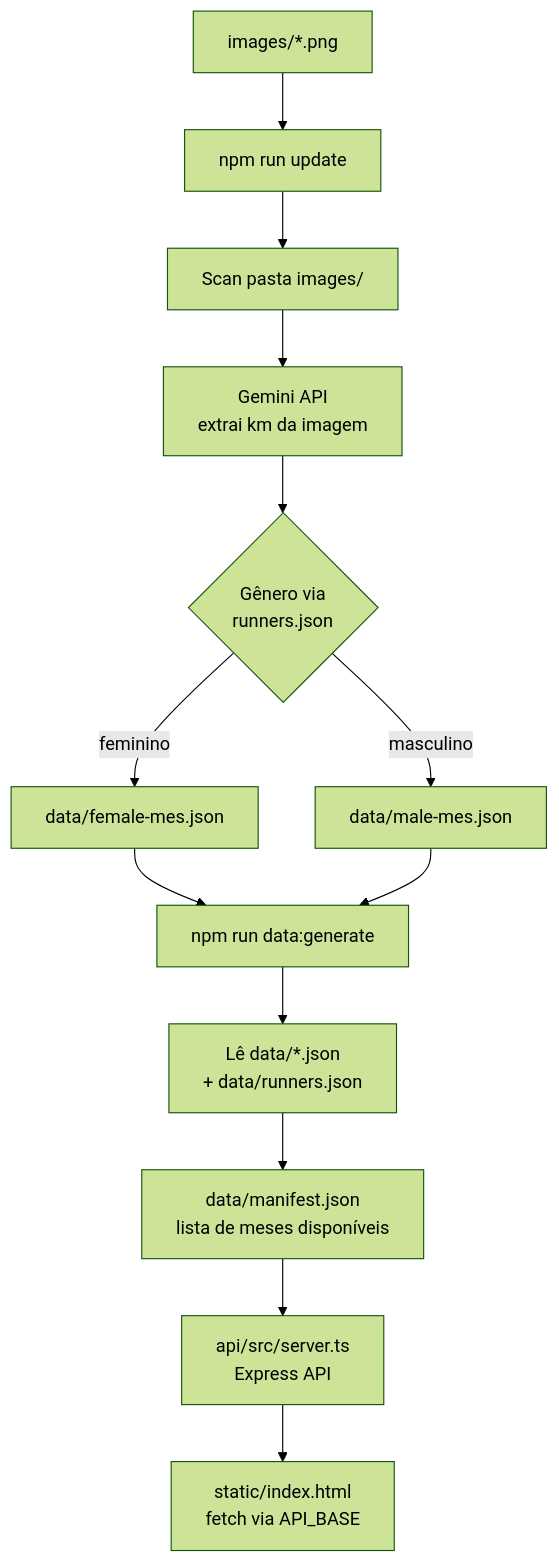
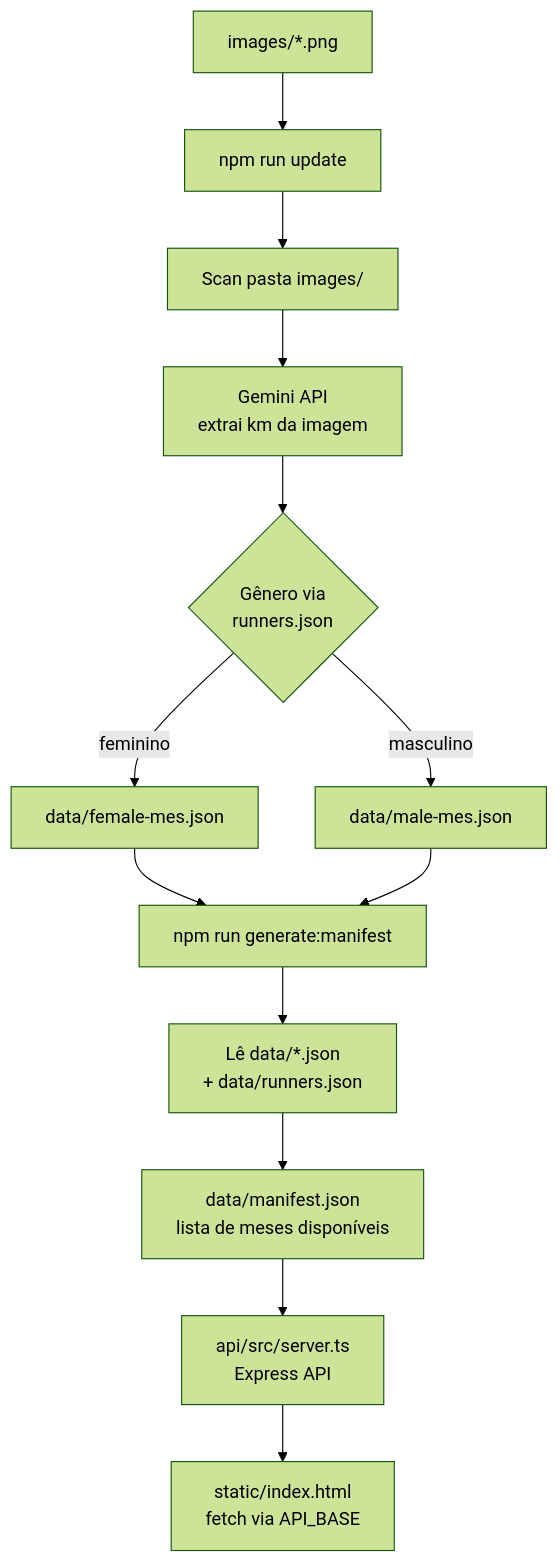
Before and after one commit to tcelestino/rt-ranking-endurance: the diagram in README.md, drawn with Mermaid (forest theme). The commit also changed other lines of this file, not shown here.

Commit message:
docs: atualização relacionado ao manifest.json

````diff
--- a/README.md
+++ b/README.md
@@ -9,17 +9,17 @@
 ```mermaid
 flowchart TD
     A[images/*.png] --> B[npm run update]
     B --> C[Scan pasta images/]
     C --> D[Gemini API\nextrai km da imagem]
     D --> E{Gênero via\nrunners.json}
     E -->|feminino| F[data/female-mes.json]
     E -->|masculino| G[data/male-mes.json]
 
-    F --> H[npm run data:generate]
+    F --> H[npm run generate:manifest]
     G --> H
     H --> I[Lê data/*.json\n+ data/runners.json]
     I --> K[data/manifest.json\nlista de meses disponíveis]
 
     K --> L[api/src/server.ts\nExpress API]
     L --> M[static/index.html\nfetch via API_BASE]
 ```
````
